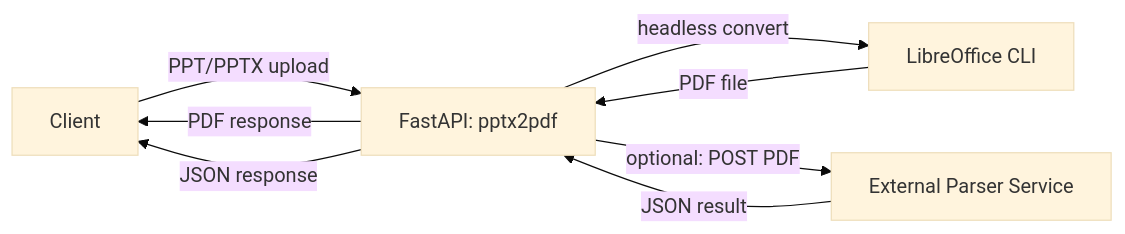
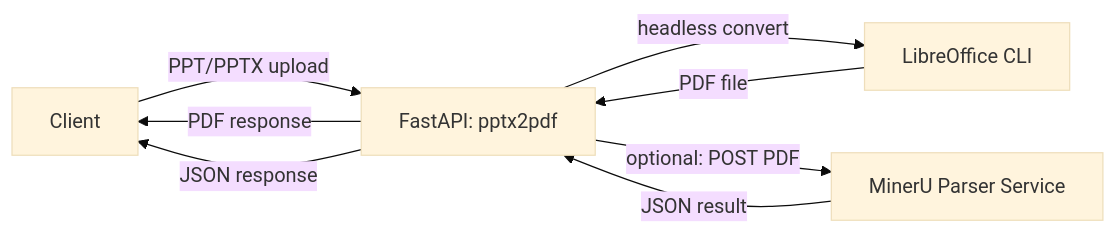
The diagram in README.md (perryrighthere/pptx2pdf), drawn with Mermaid (base theme) before and after one commit.

````diff
--- a/README.md
+++ b/README.md
@@ -14,11 +14,11 @@
 ```mermaid
 flowchart LR
   U[Client] -->|PPT/PPTX upload| A[FastAPI: pptx2pdf]
   A -->|headless convert| L[LibreOffice CLI]
   L -->|PDF file| A
   A -->|PDF response| U
 
-  A -->|optional: POST PDF| P[External Parser Service]
+  A -->|optional: POST PDF| P[MinerU Parser Service]
   P -->|JSON result| A
   A -->|JSON response| U
 ```
````
